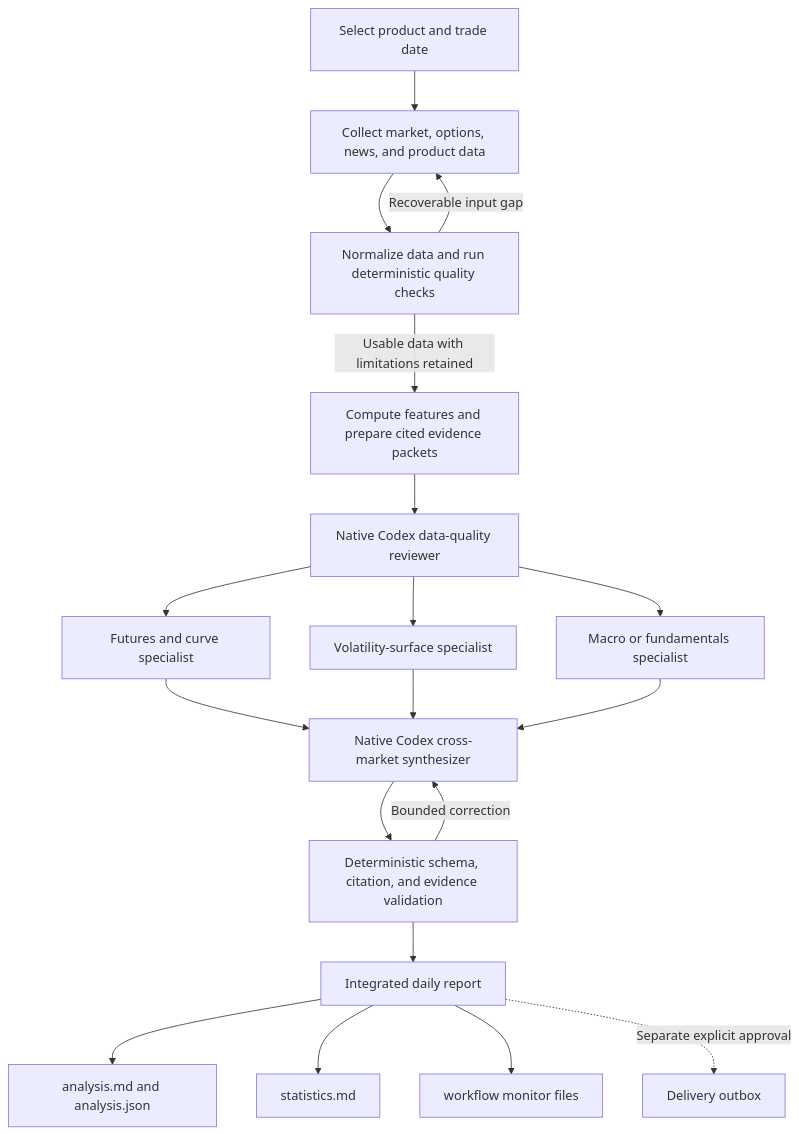
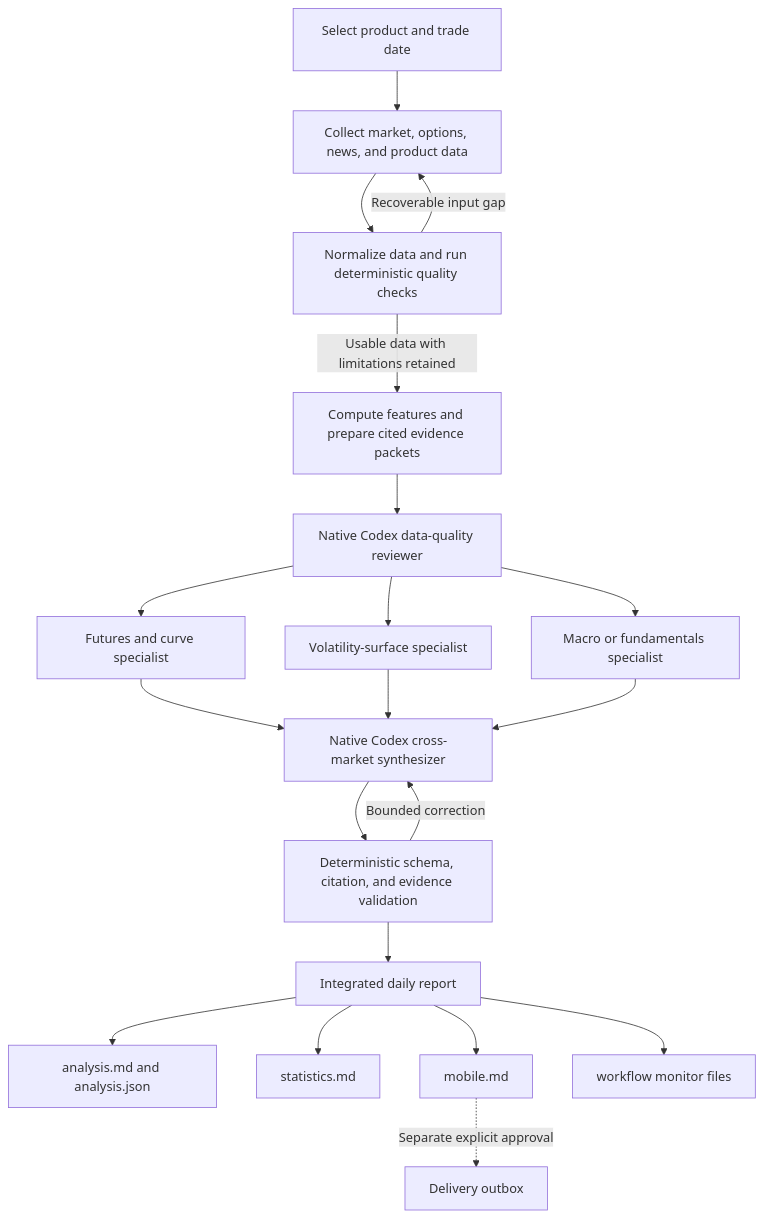
The diagram in README.md (fangxuyi/curvelens-core), drawn with Mermaid before and after one commit. The commit also changed other lines of this file and 9 other files, not shown here.

````diff
--- a/README.md
+++ b/README.md
@@ -27,25 +27,26 @@
 ```mermaid
 flowchart TD
     A[Select product and trade date] --> B[Collect market, options, news, and product data]
     B --> C[Normalize data and run deterministic quality checks]
     C -->|Recoverable input gap| B
     C -->|Usable data with limitations retained| D[Compute features and prepare cited evidence packets]
 
     D --> Q[Native Codex data-quality reviewer]
     Q --> F[Futures and curve specialist]
     Q --> V[Volatility-surface specialist]
     Q --> P[Macro or fundamentals specialist]
 
     F --> S[Native Codex cross-market synthesizer]
     V --> S
     P --> S
 
     S --> G[Deterministic schema, citation, and evidence validation]
     G -->|Bounded correction| S
     G --> R[Integrated daily report]
 
     R --> O1[analysis.md and analysis.json]
     R --> O2[statistics.md]
-    R --> O3[workflow monitor files]
-    R -. Separate explicit approval .-> O4[Delivery outbox]
+    R --> O3[mobile.md]
+    R --> O4[workflow monitor files]
+    O3 -. Separate explicit approval .-> O5[Delivery outbox]
 ```
````
